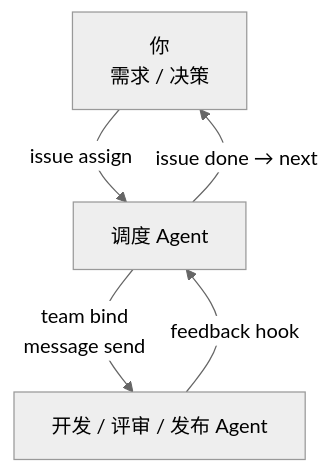
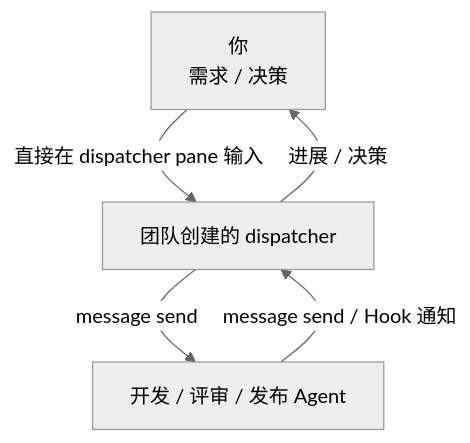
One commit to musutrade/crewmoor changed the diagram in docs/README.zh.md. Above: the diagram before and after it, drawn with Mermaid (neutral theme). The commit also changed other lines of this file and 10 other files, not shown here.

First line of the commit message:
team: single team-owned dispatcher and canonical skill (#40) (#48)

````diff
--- a/docs/README.zh.md
+++ b/docs/README.zh.md
@@ -9,10 +9,10 @@
 ```mermaid
 flowchart TD
     You["你\n需求 / 决策"]
-    D["调度 Agent"]
+    D["团队创建的 dispatcher"]
     W["开发 / 评审 / 发布 Agent"]
-    You -->|"issue assign"| D
-    D -->|"team bind\nmessage send"| W
-    W -->|"feedback hook"| D
-    D -->|"issue done → next"| You
+    You -->|"直接在 dispatcher pane 输入"| D
+    D -->|"message send"| W
+    W -->|"message send / Hook 通知"| D
+    D -->|"进展 / 决策"| You
 ```
````
